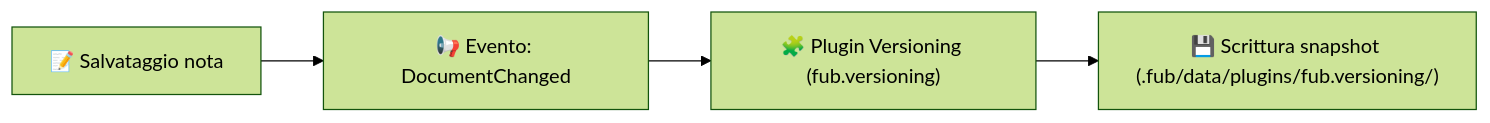
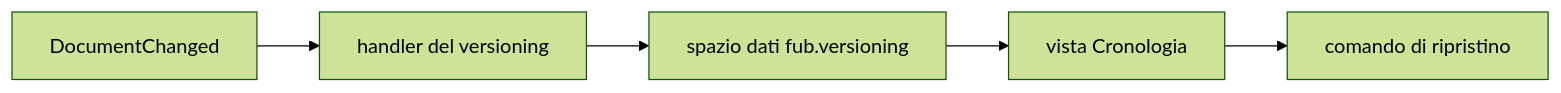
The diagram in docs/05-disco/05-versionamento-e-snapshot.md (Fubeo/Fub), drawn with Mermaid (forest theme) before and after one commit. The commit also changed other lines of this file and 11 other files, not shown here.

````diff
--- a/docs/05-disco/05-versionamento-e-snapshot.md
+++ b/docs/05-disco/05-versionamento-e-snapshot.md
@@ -11,6 +9,7 @@
 ```mermaid
 flowchart LR
-    Salva["📝 Salvataggio nota"] --> Evento["📢 Evento: DocumentChanged"]
-    Evento --> Versioning["🧩 Plugin Versioning (fub.versioning)"]
-    Versioning --> Snapshot["💾 Scrittura snapshot (.fub/data/plugins/fub.versioning/)"]
+    Change["DocumentChanged"] --> Sampler["handler del versioning"]
+    Sampler --> Store["spazio dati fub.versioning"]
+    Store --> View["vista Cronologia"]
+    View --> Restore["comando di ripristino"]
 ```
````
